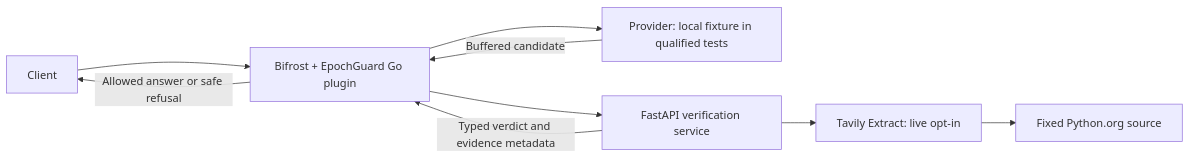
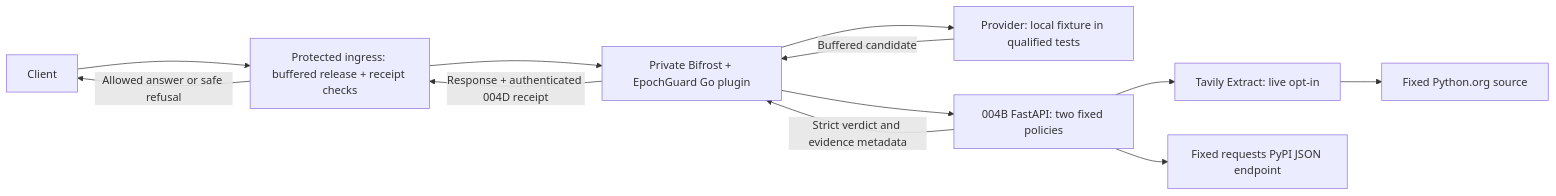
Before and after one commit to aditya6927/epochguard: the diagram in README.md, drawn with Mermaid. The commit also changed other lines of this file and 4 other files, not shown here.

````diff
--- a/README.md
+++ b/README.md
@@ -21,11 +21,14 @@
 ```mermaid
 flowchart LR
-    Client --> Gateway["Bifrost + EpochGuard Go plugin"]
+    Client --> Ingress["Protected ingress: buffered release + receipt checks"]
+    Ingress --> Gateway["Private Bifrost + EpochGuard Go plugin"]
     Gateway --> Provider["Provider: local fixture in qualified tests"]
     Provider -->|Buffered candidate| Gateway
-    Gateway --> Verifier["FastAPI verification service"]
+    Gateway --> Verifier["004B FastAPI: two fixed policies"]
     Verifier --> Tavily["Tavily Extract: live opt-in"]
     Tavily --> Source["Fixed Python.org source"]
-    Verifier -->|Typed verdict and evidence metadata| Gateway
-    Gateway -->|Allowed answer or safe refusal| Client
+    Verifier --> PyPI["Fixed requests PyPI JSON endpoint"]
+    Verifier -->|Strict verdict and evidence metadata| Gateway
+    Gateway -->|Response + authenticated 004D receipt| Ingress
+    Ingress -->|Allowed answer or safe refusal| Client
 ```
````
